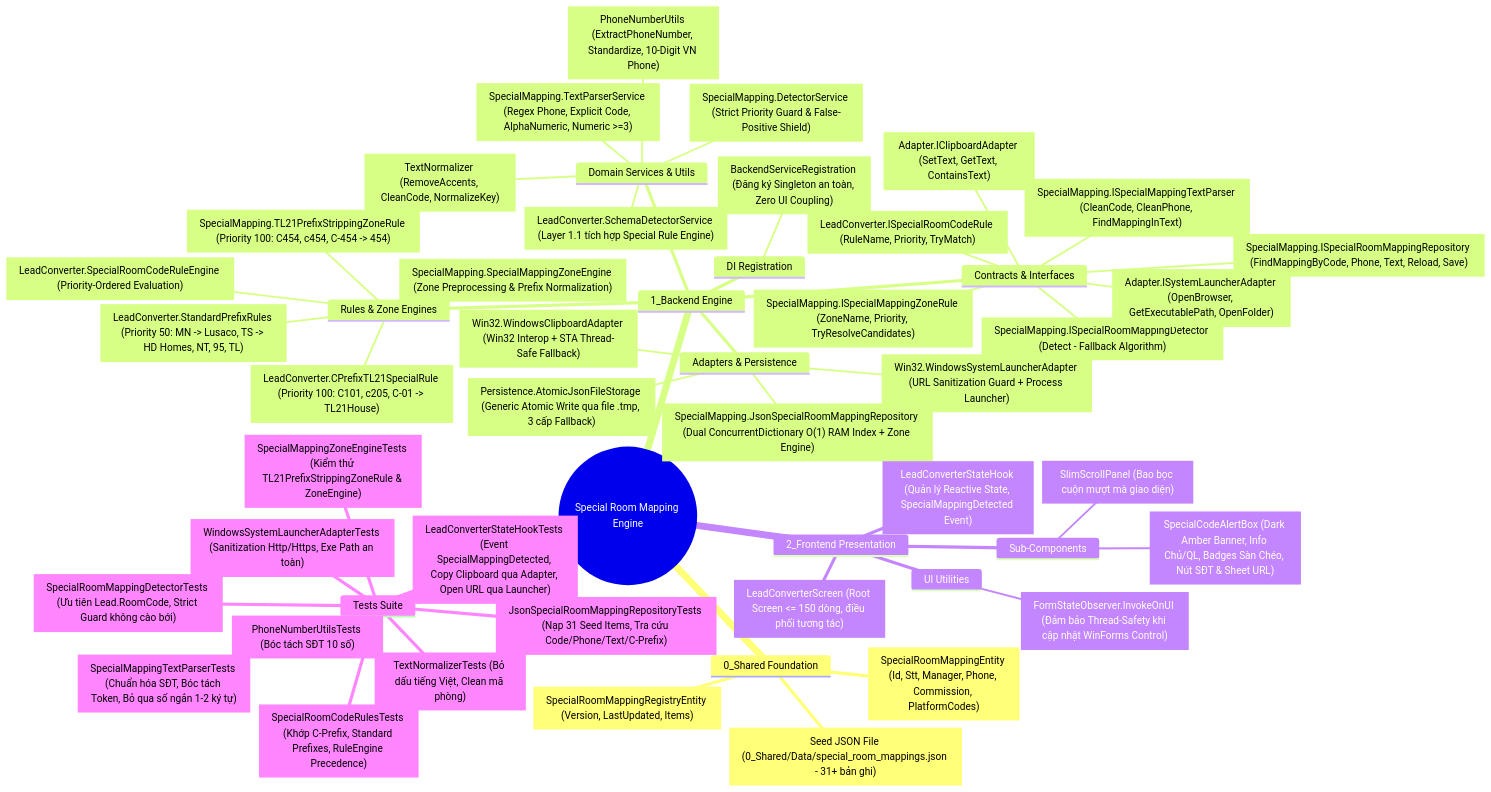
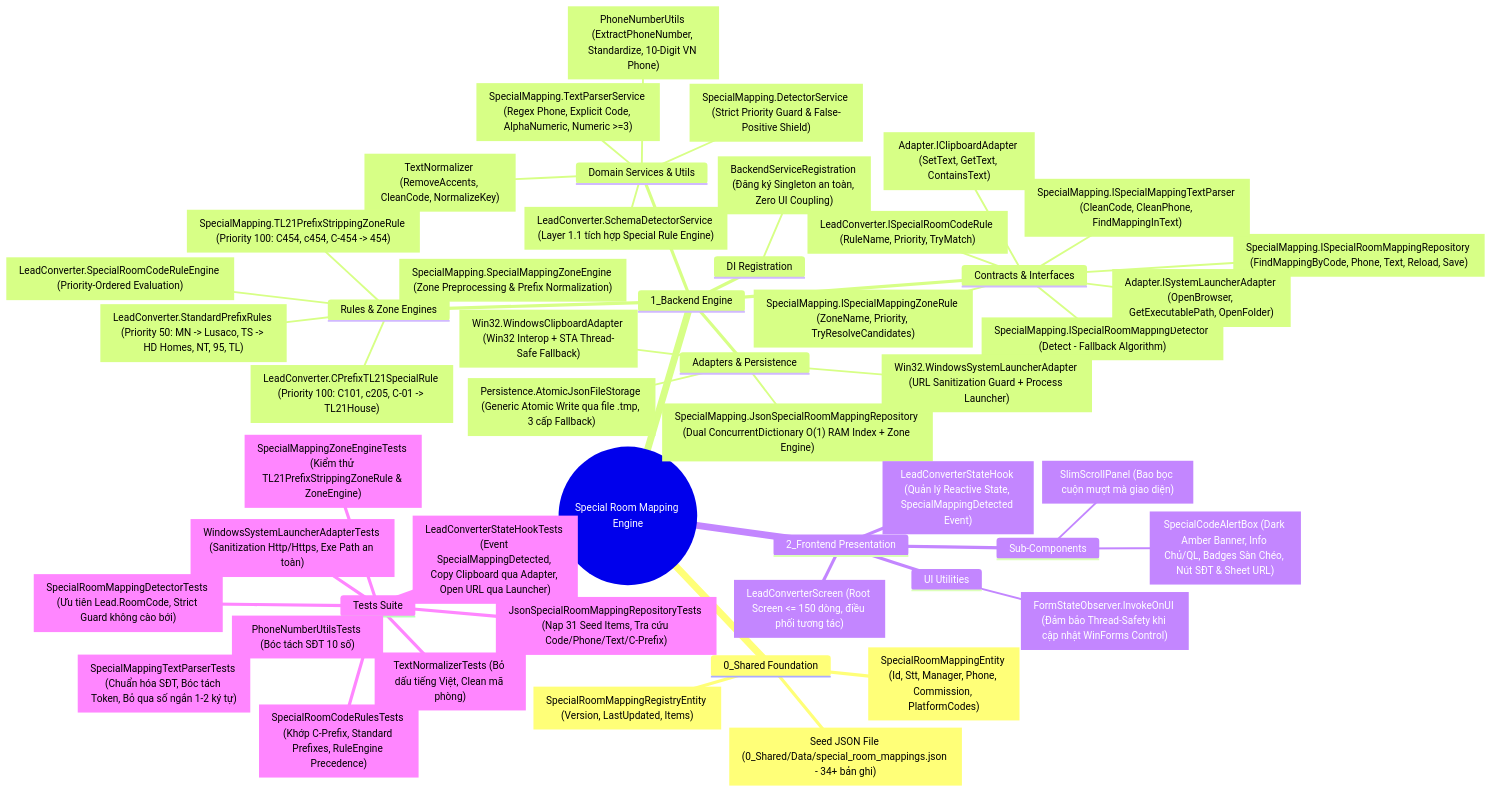
One commit to vuthuonghai-steve/Sale_extension changed the first of 6 diagrams in app_native_desktop/app_forms/Docs/Maps/02_Special_Room_Mapping_Mindmap.md. Above: the diagram before and after it, drawn with Mermaid. The commit also changed other lines of this file and 2 other files, not shown here.

First line of the commit message:
feat(shared): add special room mappings for 489, 063 and A206

````diff
--- a/app_native_desktop/app_forms/Docs/Maps/02_Special_Room_Mapping_Mindmap.md
+++ b/app_native_desktop/app_forms/Docs/Maps/02_Special_Room_Mapping_Mindmap.md
@@ -12,54 +12,54 @@
 ```mermaid
 mindmap
   root((Special Room Mapping Engine))
     0_Shared Foundation
       SpecialRoomMappingEntity["SpecialRoomMappingEntity (Id, Stt, Manager, Phone, Commission, PlatformCodes)"]
       SpecialRoomMappingRegistryEntity["SpecialRoomMappingRegistryEntity (Version, LastUpdated, Items)"]
-      SeedData["Seed JSON File (0_Shared/Data/special_room_mappings.json - 31+ bản ghi)"]
+      SeedData["Seed JSON File (0_Shared/Data/special_room_mappings.json - 34+ bản ghi)"]
     1_Backend Engine
       Contracts & Interfaces
         ISpecialRoomMappingRepository["SpecialMapping.ISpecialRoomMappingRepository (FindMappingByCode, Phone, Text, Reload, Save)"]
         ISpecialRoomMappingDetector["SpecialMapping.ISpecialRoomMappingDetector (Detect - Fallback Algorithm)"]
         ISpecialMappingTextParser["SpecialMapping.ISpecialMappingTextParser (CleanCode, CleanPhone, FindMappingInText)"]
         ISpecialMappingZoneRule["SpecialMapping.ISpecialMappingZoneRule (ZoneName, Priority, TryResolveCandidates)"]
         ISpecialRoomCodeRule["LeadConverter.ISpecialRoomCodeRule (RuleName, Priority, TryMatch)"]
         IClipboardAdapter["Adapter.IClipboardAdapter (SetText, GetText, ContainsText)"]
         ISystemLauncherAdapter["Adapter.ISystemLauncherAdapter (OpenBrowser, GetExecutablePath, OpenFolder)"]
       Adapters & Persistence
         AtomicJsonFileStorage["Persistence.AtomicJsonFileStorage<T> (Generic Atomic Write qua file .tmp, 3 cấp Fallback)"]
         JsonSpecialRoomMappingRepository["SpecialMapping.JsonSpecialRoomMappingRepository (Dual ConcurrentDictionary O(1) RAM Index + Zone Engine)"]
         WindowsClipboardAdapter["Win32.WindowsClipboardAdapter (Win32 Interop + STA Thread-Safe Fallback)"]
         WindowsSystemLauncherAdapter["Win32.WindowsSystemLauncherAdapter (URL Sanitization Guard + Process Launcher)"]
       Domain Services & Utils
         SpecialMappingTextParser["SpecialMapping.TextParserService (Regex Phone, Explicit Code, AlphaNumeric, Numeric >=3)"]
         SpecialRoomMappingDetector["SpecialMapping.DetectorService (Strict Priority Guard & False-Positive Shield)"]
         SchemaDetectorService["LeadConverter.SchemaDetectorService (Layer 1.1 tích hợp Special Rule Engine)"]
         TextNormalizer["TextNormalizer (RemoveAccents, CleanCode, NormalizeKey)"]
         PhoneNumberUtils["PhoneNumberUtils (ExtractPhoneNumber, Standardize, 10-Digit VN Phone)"]
       Rules & Zone Engines
         SpecialMappingZoneEngine["SpecialMapping.SpecialMappingZoneEngine (Zone Preprocessing & Prefix Normalization)"]
         TL21PrefixStrippingZoneRule["SpecialMapping.TL21PrefixStrippingZoneRule (Priority 100: C454, c454, C-454 -> 454)"]
         SpecialRoomCodeRuleEngine["LeadConverter.SpecialRoomCodeRuleEngine (Priority-Ordered Evaluation)"]
         CPrefixTL21SpecialRule["LeadConverter.CPrefixTL21SpecialRule (Priority 100: C101, c205, C-01 -> TL21House)"]
         StandardPrefixRules["LeadConverter.StandardPrefixRules (Priority 50: MN -> Lusaco, TS -> HD Homes, NT, 95, TL)"]
       DI Registration
         BackendServiceRegistration["BackendServiceRegistration (Đăng ký Singleton an toàn, Zero UI Coupling)"]
     2_Frontend Presentation
       LeadConverterScreen["LeadConverterScreen (Root Screen <= 150 dòng, điều phối tương tác)"]
       LeadConverterStateHook["LeadConverterStateHook (Quản lý Reactive State, SpecialMappingDetected Event)"]
       Sub-Components
         SpecialCodeAlertBox["SpecialCodeAlertBox (Dark Amber Banner, Info Chủ/QL, Badges Sàn Chéo, Nút SĐT & Sheet URL)"]
         SlimScrollPanel["SlimScrollPanel (Bao bọc cuộn mượt mà giao diện)"]
       UI Utilities
         FormStateObserver["FormStateObserver.InvokeOnUI (Đảm bảo Thread-Safety khi cập nhật WinForms Control)"]
     Tests Suite
       JsonSpecialRoomMappingRepositoryTests["JsonSpecialRoomMappingRepositoryTests (Nạp 31 Seed Items, Tra cứu Code/Phone/Text/C-Prefix)"]
       SpecialMappingZoneEngineTests["SpecialMappingZoneEngineTests (Kiểm thử TL21PrefixStrippingZoneRule & ZoneEngine)"]
       SpecialRoomMappingDetectorTests["SpecialRoomMappingDetectorTests (Ưu tiên Lead.RoomCode, Strict Guard không cào bới)"]
       SpecialMappingTextParserTests["SpecialMappingTextParserTests (Chuẩn hóa SĐT, Bóc tách Token, Bỏ qua số ngắn 1-2 ký tự)"]
       SpecialRoomCodeRulesTests["SpecialRoomCodeRulesTests (Khớp C-Prefix, Standard Prefixes, RuleEngine Precedence)"]
       LeadConverterStateHookTests["LeadConverterStateHookTests (Event SpecialMappingDetected, Copy Clipboard qua Adapter, Open URL qua Launcher)"]
       WindowsSystemLauncherAdapterTests["WindowsSystemLauncherAdapterTests (Sanitization Http/Https, Exe Path an toàn)"]
       TextNormalizerTests["TextNormalizerTests (Bỏ dấu tiếng Việt, Clean mã phòng)"]
       PhoneNumberUtilsTests["PhoneNumberUtilsTests (Bóc tách SĐT 10 số)"]
 ```
````
